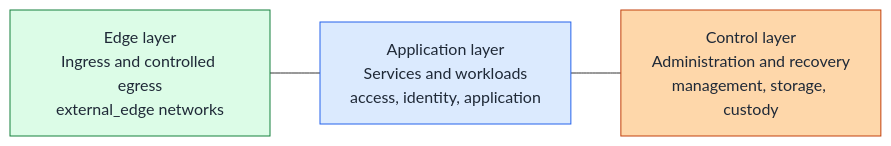
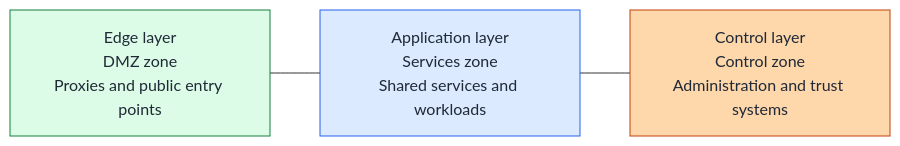
One commit to Rexus/homelab changed the first of 3 diagrams in docs/architecture/overview.md. Above: the diagram before and after it, drawn with Mermaid. The commit also changed other lines of this file and 133 other files, not shown here.

````diff
--- a/docs/architecture/overview.md
+++ b/docs/architecture/overview.md
@@ -51,12 +44,12 @@
 ```mermaid
 flowchart LR
-  Edge["Edge layer<br/>Ingress and controlled egress<br/>external_edge networks"]
-  App["Application layer<br/>Services and workloads<br/>access, identity, application"]
-  Control["Control layer<br/>Administration and recovery<br/>management, storage, custody"]
+  Edge["Edge layer<br/>DMZ zone<br/>Proxies and public entry points"]
+  App["Application layer<br/>Services zone<br/>Shared services and workloads"]
+  Control["Control layer<br/>Control zone<br/>Administration and trust systems"]
 
   Edge --- App --- Control
 
   style Edge fill:#dcfce7,stroke:#15803d,color:#1f2937
   style App fill:#dbeafe,stroke:#2563eb,color:#1f2937
   style Control fill:#fed7aa,stroke:#c2410c,color:#1f2937
 ```
````
